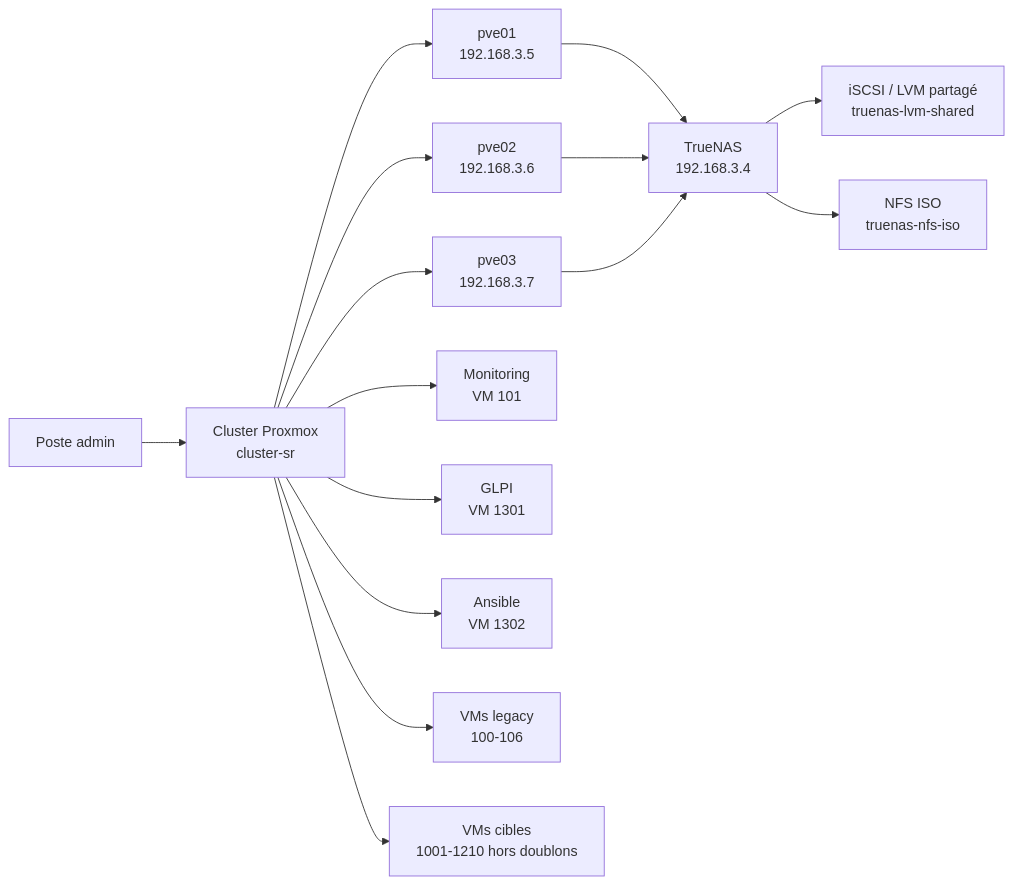
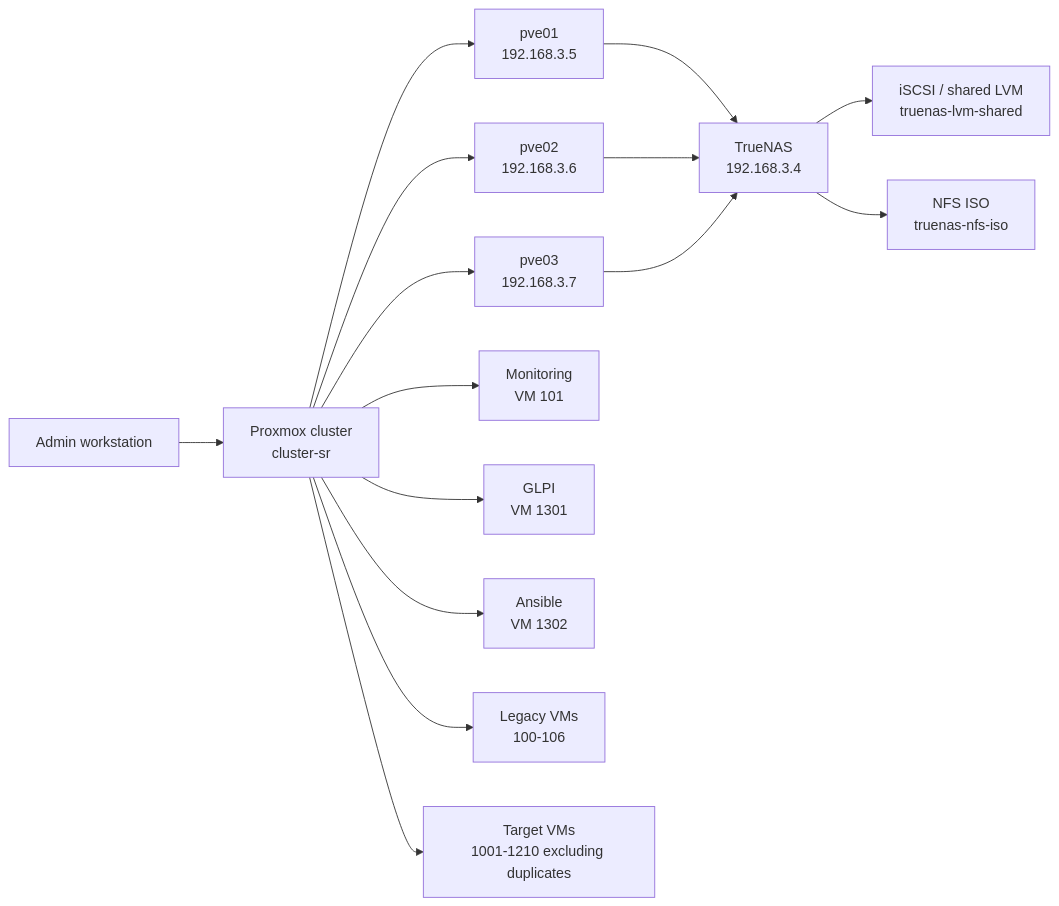
The first of 7 diagrams in README.md (xbkh/showroom-hp-infrastructure), drawn with Mermaid before and after one commit. The commit also changed other lines of this file, not shown here.

````diff
--- a/README.md
+++ b/README.md
@@ -44,20 +48,20 @@
 ```mermaid
 flowchart LR
-    Admin[Poste admin] --> PVE[Cluster Proxmox<br/>cluster-sr]
+    Admin[Admin workstation] --> PVE[Proxmox cluster<br/>cluster-sr]
     PVE --> PVE01[pve01<br/>192.168.3.5]
     PVE --> PVE02[pve02<br/>192.168.3.6]
     PVE --> PVE03[pve03<br/>192.168.3.7]
 
     PVE01 --> TN[TrueNAS<br/>192.168.3.4]
     PVE02 --> TN
     PVE03 --> TN
 
-    TN --> ISCSI[iSCSI / LVM partagé<br/>truenas-lvm-shared]
+    TN --> ISCSI[iSCSI / shared LVM<br/>truenas-lvm-shared]
     TN --> NFS[NFS ISO<br/>truenas-nfs-iso]
 
     PVE --> MON[Monitoring<br/>VM 101]
     PVE --> GLPI[GLPI<br/>VM 1301]
     PVE --> ANS[Ansible<br/>VM 1302]
-    PVE --> LEGACY[VMs legacy<br/>100-106]
-    PVE --> TARGET[VMs cibles<br/>1001-1210 hors doublons]
+    PVE --> LEGACY[Legacy VMs<br/>100-106]
+    PVE --> TARGET[Target VMs<br/>1001-1210 excluding duplicates]
 ```
````
